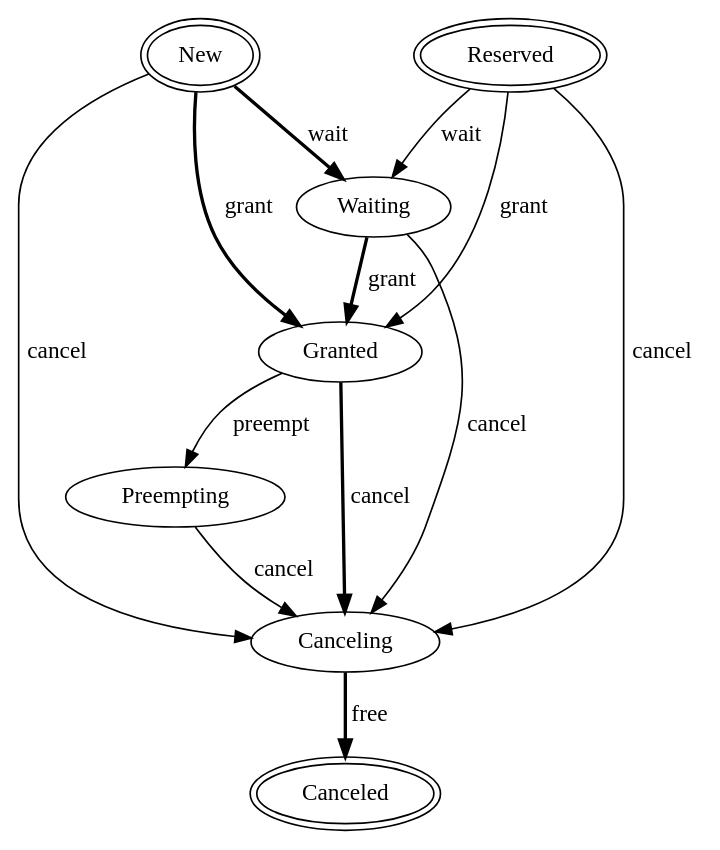
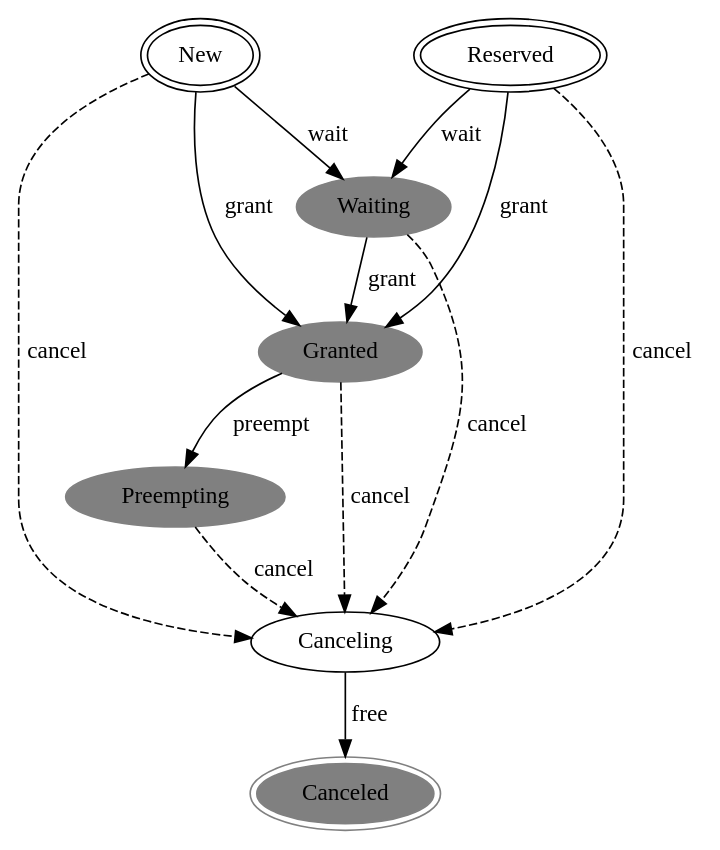
The diagram in doc/state_transitions.dot (utexas-bwi/rocon_scheduler_requests), drawn with Graphviz before and after one commit. The commit also changed 1 other file, not shown here.

Commit message:
clarify roles in state transition diagram (#18)

```diff
--- a/doc/state_transitions.dot
+++ b/doc/state_transitions.dot
@@ -1,17 +1,21 @@
 digraph state_transitions {
    New [peripheries=2]
    Reserved [peripheries=2]
    Reserved -> Waiting [label="wait"]
    Reserved -> Granted [label="grant"]
-   Reserved -> Canceling [label="cancel"]
-   New -> Waiting [label="wait", style="bold"]
-   New -> Granted [label="grant", style="bold"]
-   New -> Canceling [label="cancel"]
-   Waiting -> Granted [label="grant", style="bold"]
-   Waiting -> Canceling [label="cancel"]
+   Reserved -> Canceling [label="cancel", style="dashed"]
+   New -> Waiting [label="wait"]
+   New -> Granted [label="grant"]
+   New -> Canceling [label="cancel", style="dashed"]
+   Waiting [style="filled", color="grey"]
+   Waiting -> Granted [label="grant"]
+   Waiting -> Canceling [label="cancel", style="dashed"]
+   Granted [style="filled", color="grey"]
    Granted -> Preempting [label="preempt"]
-   Granted -> Canceling [label="cancel", style="bold"]
-   Preempting -> Canceling [label="cancel"]
-   Canceling -> Canceled [label="free", style="bold"]
-   Canceled [peripheries=2]
+   Granted -> Canceling [label="cancel", style="dashed"]
+   Preempting [style="filled", color="grey"]
+   Preempting -> Canceling [label="cancel", style="dashed"]
+   Canceling
+   Canceling -> Canceled [label="free"]
+   Canceled [peripheries=2, style="filled", color="grey"]
 }
```
